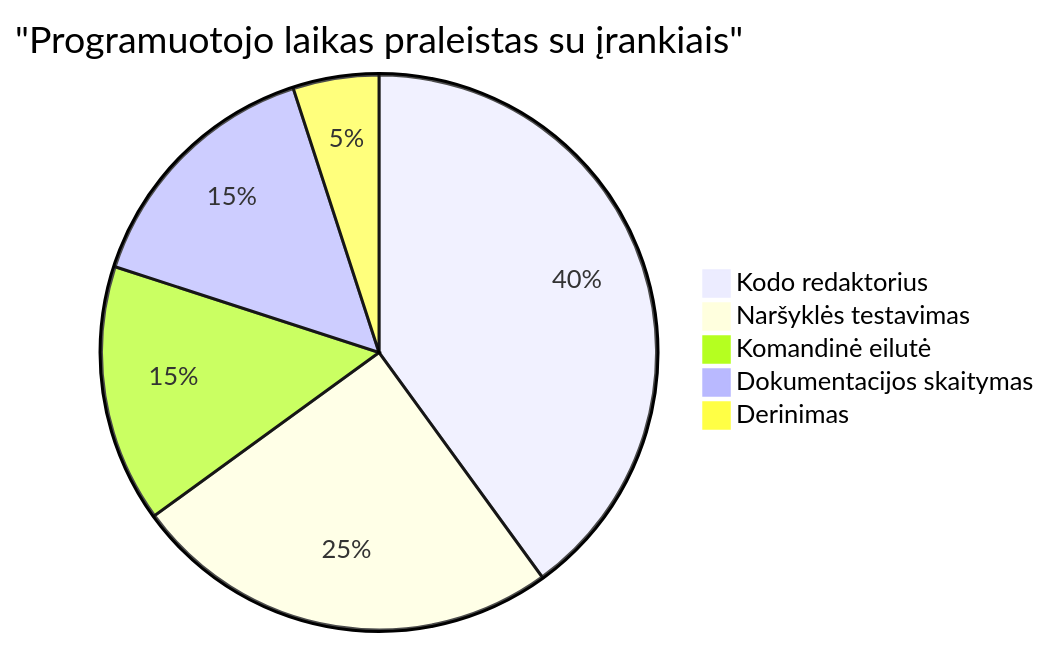
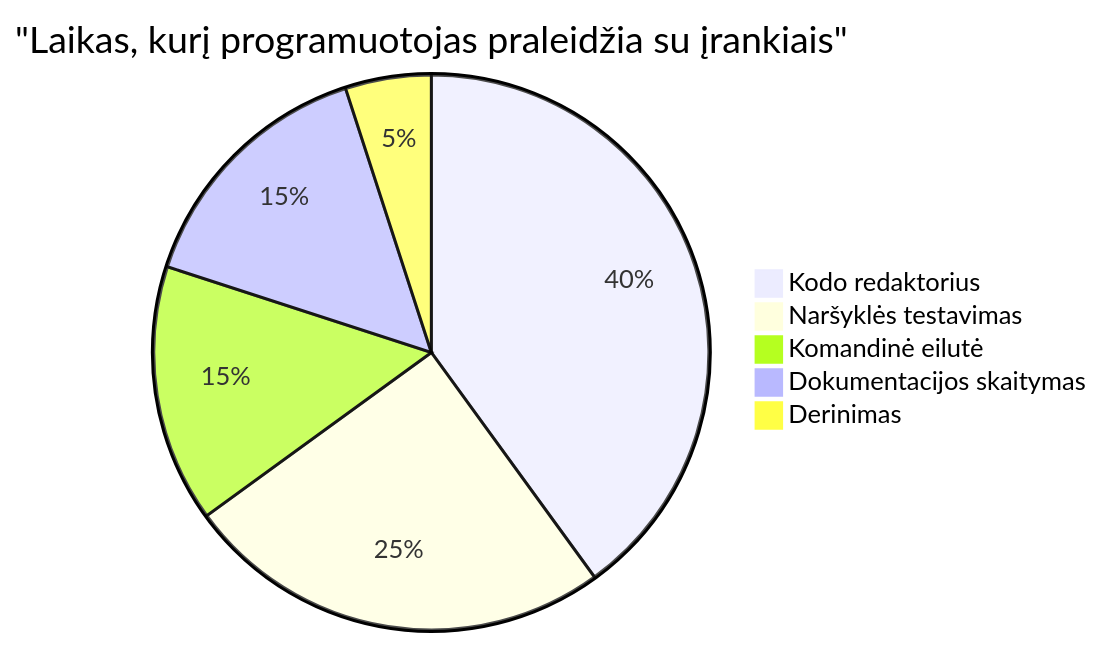
Before and after one commit to microsoft/Web-Dev-For-Beginners: the sixth of 7 diagrams in translations/lt/1-getting-started-lessons/1-intro-to-programming-languages/README.md, drawn with Mermaid. The commit also changed other lines of this file and 11 other files, not shown here.

````diff
--- a/translations/lt/1-getting-started-lessons/1-intro-to-programming-languages/README.md
+++ b/translations/lt/1-getting-started-lessons/1-intro-to-programming-languages/README.md
@@ -713,8 +713,8 @@
 ```mermaid
-pie title "Programuotojo laikas praleistas su įrankiais"
+pie title "Laikas, kurį programuotojas praleidžia su įrankiais"
     "Kodo redaktorius" : 40
     "Naršyklės testavimas" : 25
     "Komandinė eilutė" : 15
     "Dokumentacijos skaitymas" : 15
     "Derinimas" : 5
 ```
````
